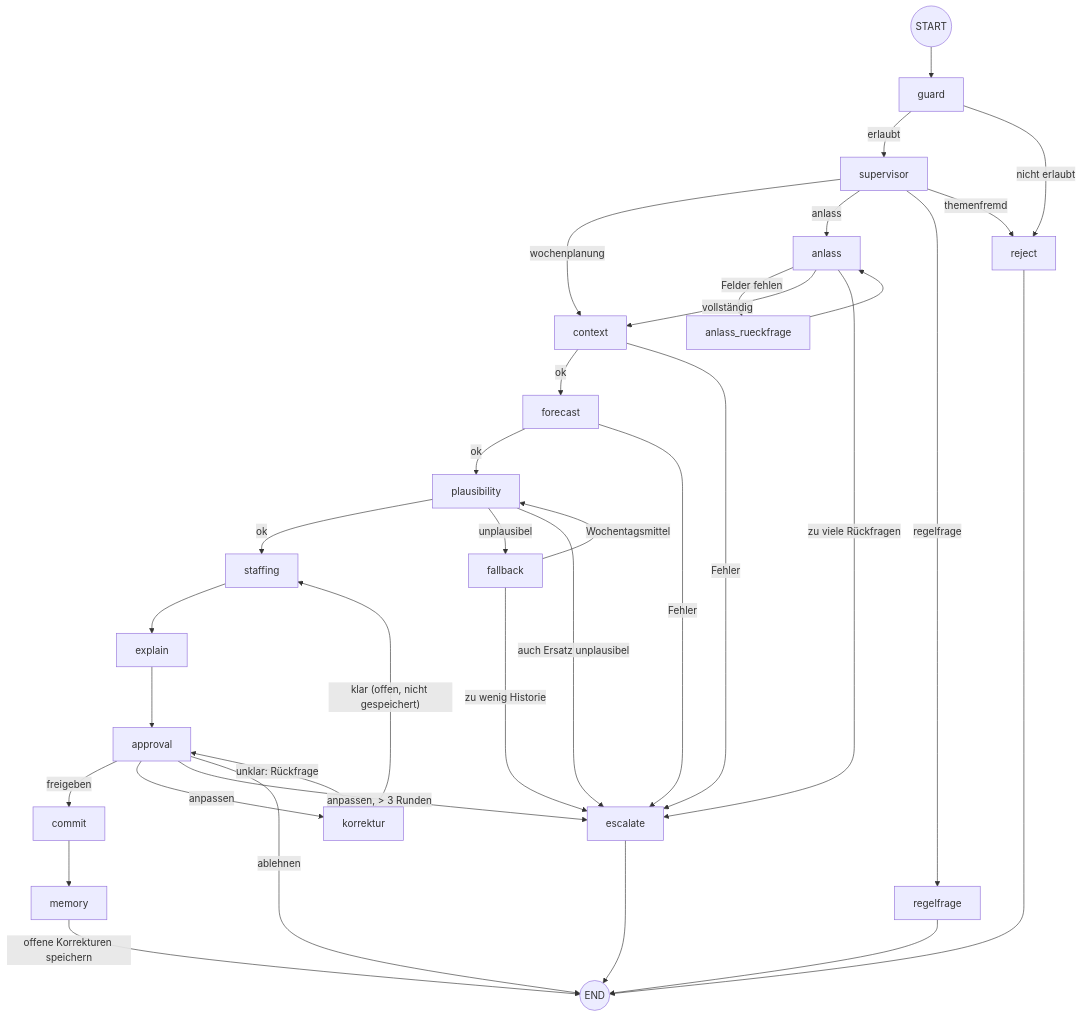
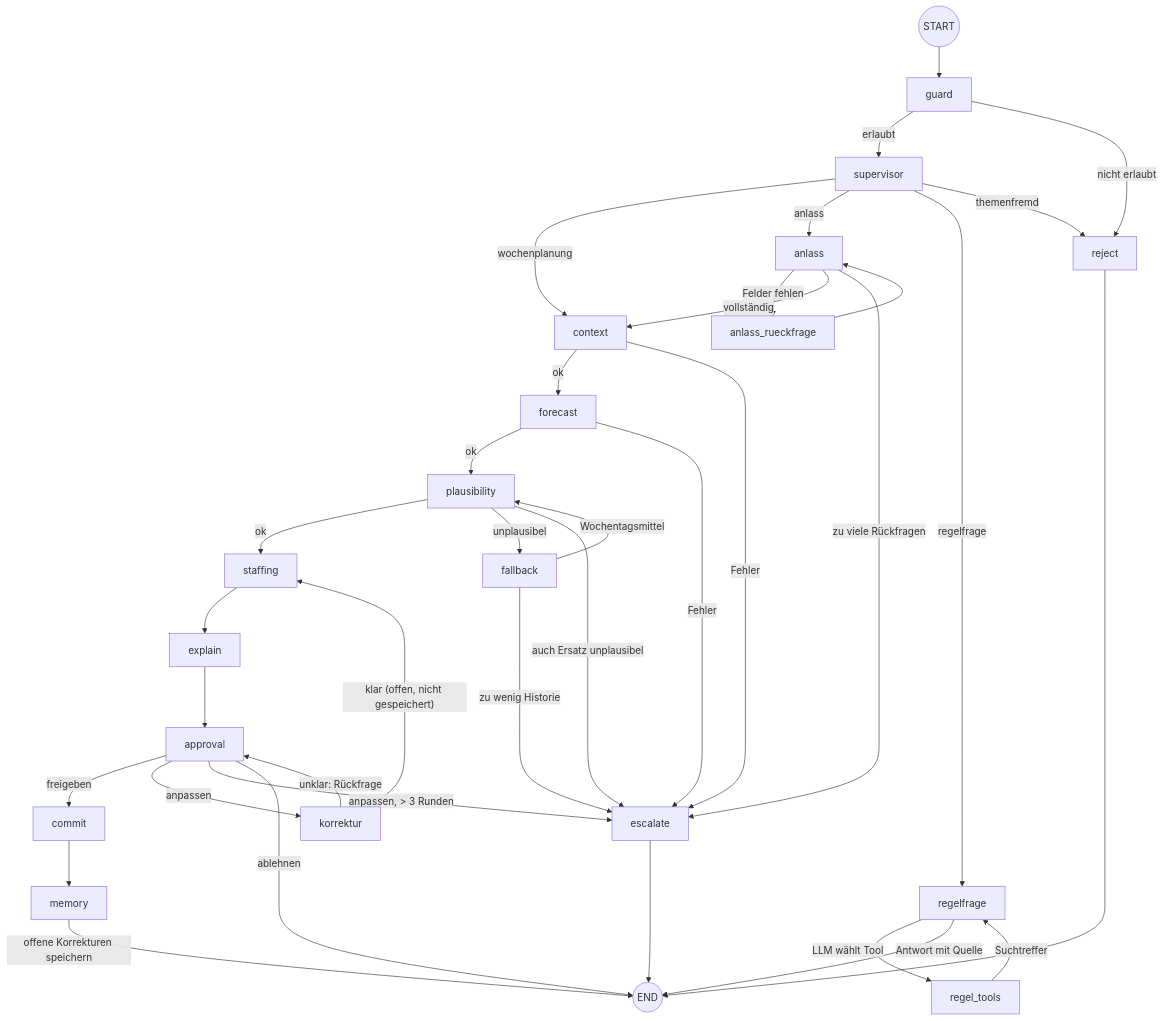
The diagram in docs/architektur.md (GenAI-BAI-2026HS/gastroplanner), drawn with Mermaid before and after one commit. The commit also changed other lines of this file and 13 other files, not shown here.

Commit message:
C3: Regelsuche (RAG) und Tool-Calling in regelfrage

````diff
--- a/docs/architektur.md
+++ b/docs/architektur.md
@@ -26,35 +26,37 @@
 ```mermaid
 flowchart TD
     START((START)) --> guard
     guard -- erlaubt --> supervisor
     guard -- nicht erlaubt --> reject
     supervisor -- wochenplanung --> context
     supervisor -- anlass --> anlass
     supervisor -- regelfrage --> regelfrage
     supervisor -- themenfremd --> reject
     anlass -- Felder fehlen --> anlass_rueckfrage
     anlass_rueckfrage --> anlass
     anlass -- vollständig --> context
     anlass -- zu viele Rückfragen --> escalate
     context -- ok --> forecast
     context -- Fehler --> escalate
     forecast -- ok --> plausibility
     forecast -- Fehler --> escalate
     plausibility -- ok --> staffing
     plausibility -- unplausibel --> fallback
     plausibility -- "auch Ersatz unplausibel" --> escalate
     fallback -- Wochentagsmittel --> plausibility
     fallback -- "zu wenig Historie" --> escalate
     staffing --> explain --> approval
     approval -- freigeben --> commit
     approval -- anpassen --> korrektur
     approval -- "anpassen, > 3 Runden" --> escalate
     approval -- ablehnen --> END
     korrektur -- "klar (offen, nicht gespeichert)" --> staffing
     korrektur -- "unklar: Rückfrage" --> approval
     commit --> memory
     memory -- "offene Korrekturen speichern" --> END
-    regelfrage --> END((END))
+    regelfrage -- "LLM wählt Tool" --> regel_tools
+    regel_tools -- Suchtreffer --> regelfrage
+    regelfrage -- "Antwort mit Quelle" --> END((END))
     reject --> END
     escalate --> END
 ```
````
